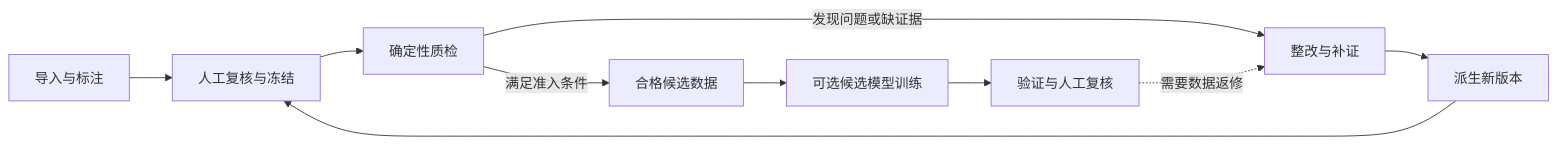
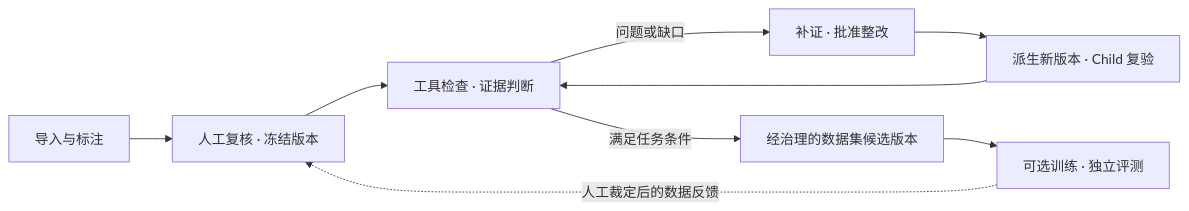
The first of 2 diagrams in README.md (dukeandBaron/visiondata-gate), drawn with Mermaid before and after one commit. The commit also changed other lines of this file and 7 other files, not shown here.

````diff
--- a/README.md
+++ b/README.md
@@ -101,12 +62,11 @@
 ```mermaid
 flowchart LR
-  A[导入与标注] --> B[人工复核与冻结]
-  B --> C[确定性质检]
-  C -->|满足准入条件| D[合格候选数据]
-  C -->|发现问题或缺证据| E[整改与补证]
-  E --> F[派生新版本]
-  F --> B
-  D --> G[可选候选模型训练]
-  G --> H[验证与人工复核]
-  H -.->|需要数据返修| E
+  A["导入与标注"] --> B["人工复核 · 冻结版本"]
+  B --> C["工具检查 · 证据判断"]
+  C -->|"问题或缺口"| D["补证 · 批准整改"]
+  D --> E["派生新版本 · Child 复验"]
+  E --> C
+  C -->|"满足任务条件"| F["经治理的数据集候选版本"]
+  F --> G["可选训练 · 独立评测"]
+  G -.->|"人工裁定后的数据反馈"| B
 ```
````
